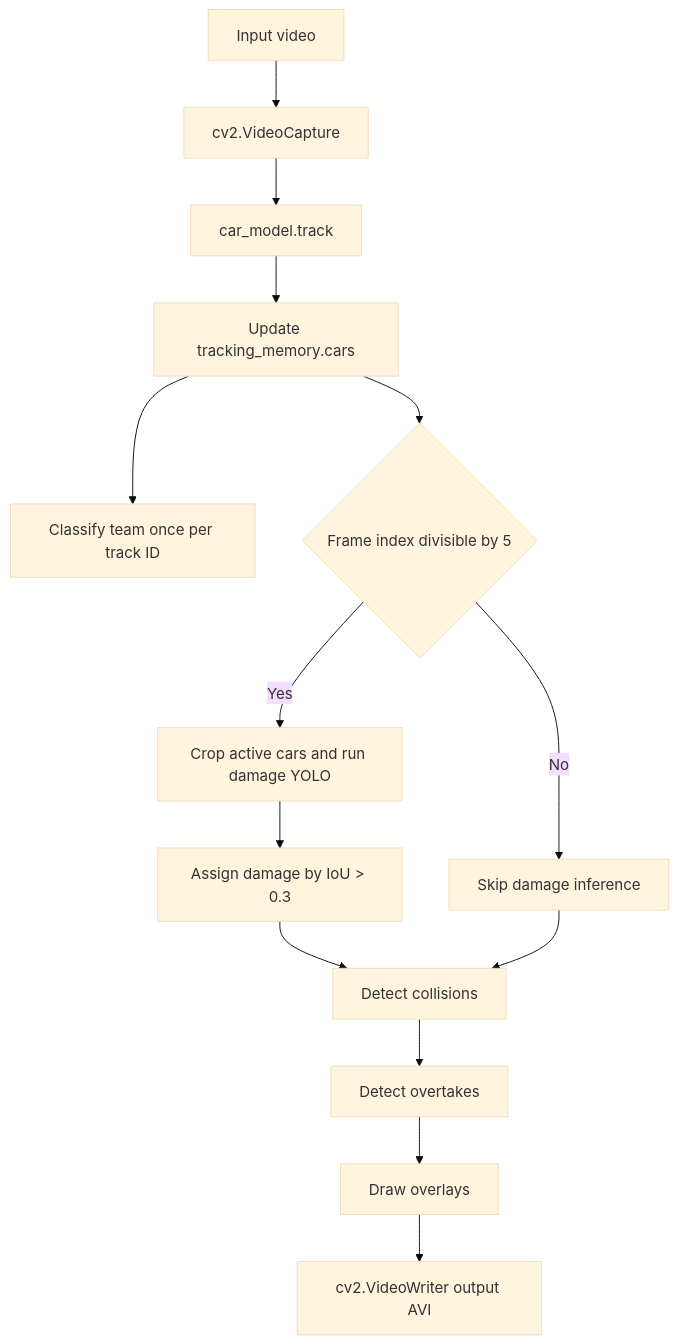
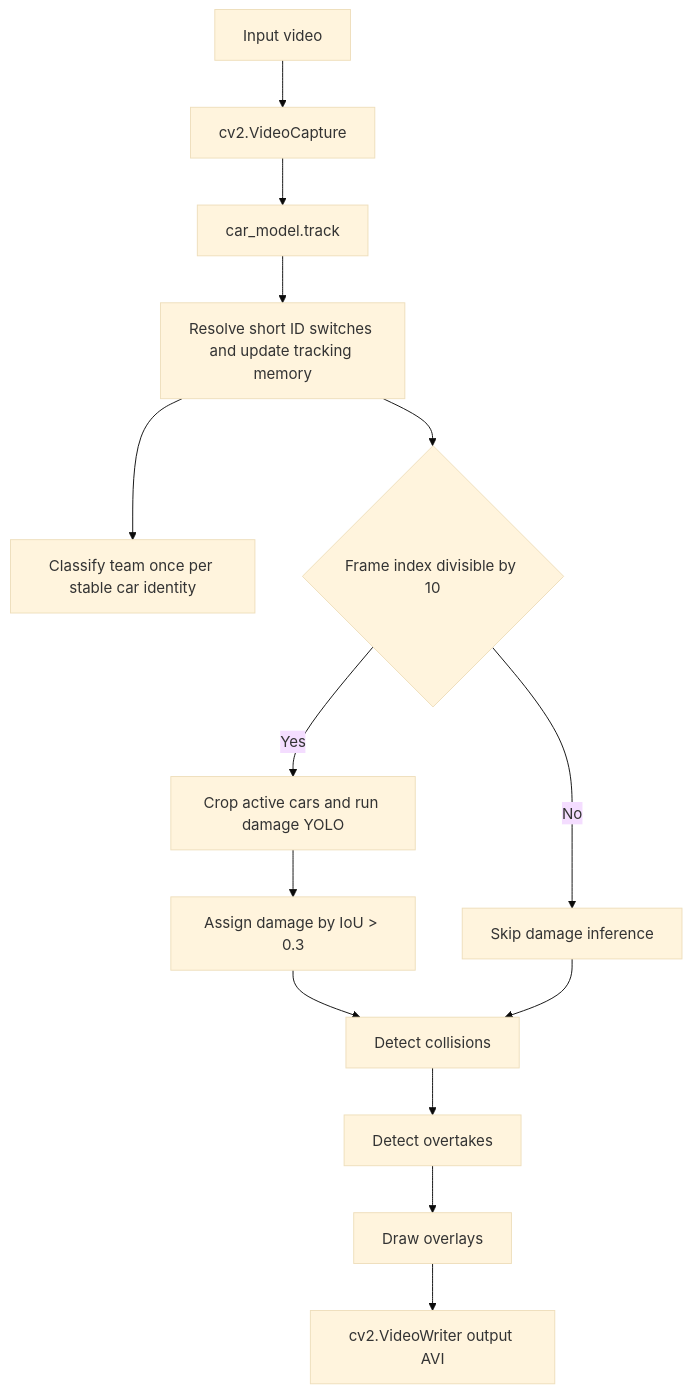
One commit to MohammedHssan11/f1-car-vision-intelligence-system changed the second of 2 diagrams in docs/AI_SYSTEM.md. Above: the diagram before and after it, drawn with Mermaid (base theme). The commit also changed other lines of this file and 22 other files, not shown here.

````diff
--- a/docs/AI_SYSTEM.md
+++ b/docs/AI_SYSTEM.md
@@ -61,16 +62,16 @@
 ```mermaid
 flowchart TD
     A[Input video] --> B[cv2.VideoCapture]
     B --> C[car_model.track]
-    C --> D[Update tracking_memory.cars]
-    D --> E[Classify team once per track ID]
-    D --> F{Frame index divisible by 5}
+    C --> D[Resolve short ID switches and update tracking memory]
+    D --> E[Classify team once per stable car identity]
+    D --> F{Frame index divisible by 10}
     F -- Yes --> G[Crop active cars and run damage YOLO]
     G --> H[Assign damage by IoU > 0.3]
     F -- No --> I[Skip damage inference]
     H --> J[Detect collisions]
     I --> J
     J --> K[Detect overtakes]
     K --> L[Draw overlays]
     L --> M[cv2.VideoWriter output AVI]
 ```
````
